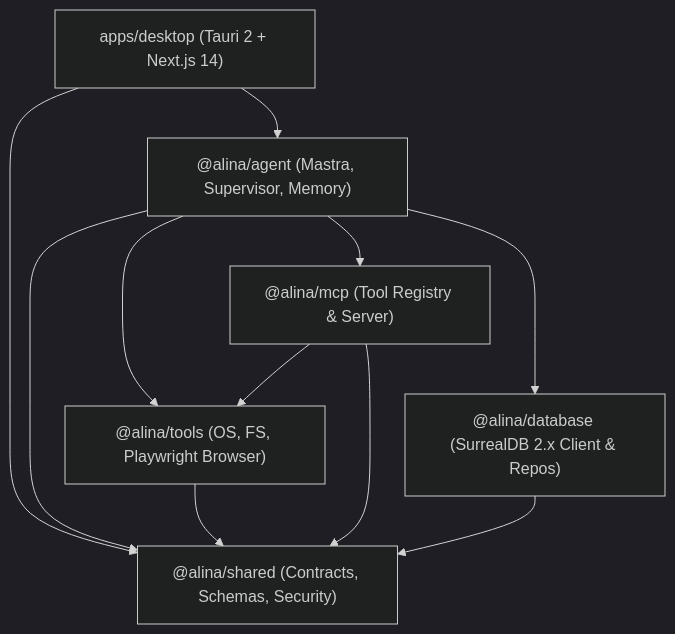
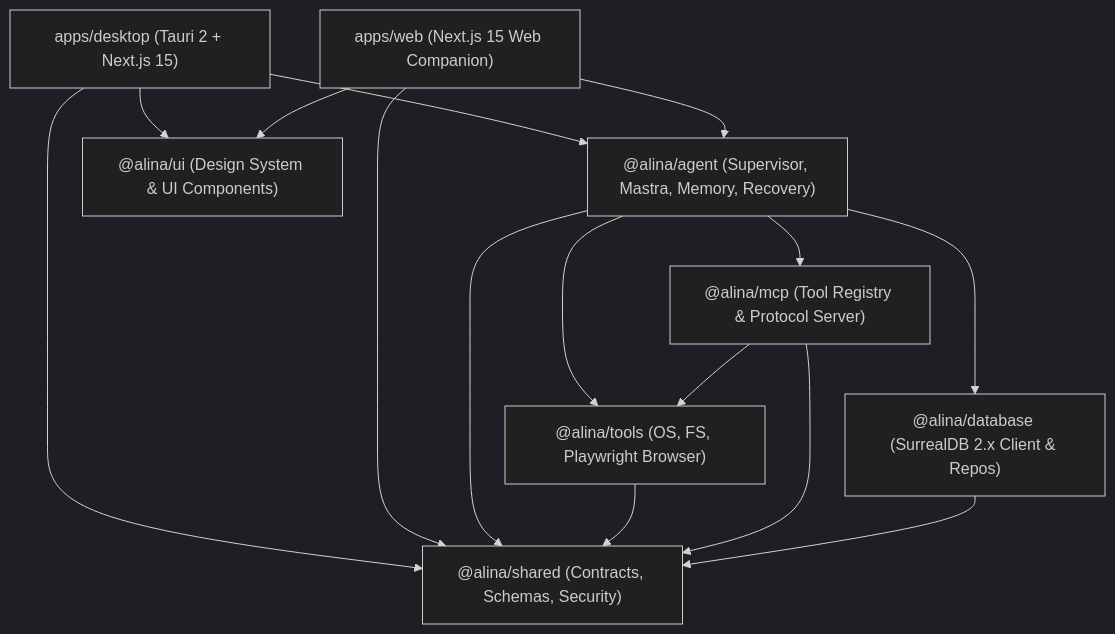
The diagram in .agents/skills/alina-engineering/SKILL.md (BittyamPaul/ALINA-Autonomous-Language-Intelligence---Navigation-Assistant-), drawn with Mermaid (dark theme) before and after one commit. The commit also changed other lines of this file and 10 other files, not shown here.

````diff
--- a/.agents/skills/alina-engineering/SKILL.md
+++ b/.agents/skills/alina-engineering/SKILL.md
@@ -33,20 +35,26 @@
 ```mermaid
 graph TD
-    Desktop["apps/desktop (Tauri 2 + Next.js 14)"]
+    Desktop["apps/desktop (Tauri 2 + Next.js 15)"]
+    Web["apps/web (Next.js 15 Web Companion)"]
     Shared["@alina/shared (Contracts, Schemas, Security)"]
-    Agent["@alina/agent (Mastra, Supervisor, Memory)"]
+    Agent["@alina/agent (Supervisor, Mastra, Memory, Recovery)"]
     Tools["@alina/tools (OS, FS, Playwright Browser)"]
-    MCP["@alina/mcp (Tool Registry & Server)"]
+    MCP["@alina/mcp (Tool Registry & Protocol Server)"]
     DB["@alina/database (SurrealDB 2.x Client & Repos)"]
+    UI["@alina/ui (Design System & UI Components)"]
 
     Desktop --> Agent
     Desktop --> Shared
+    Desktop --> UI
+    Web --> Agent
+    Web --> Shared
+    Web --> UI
     Agent --> Tools
     Agent --> MCP
     Agent --> DB
     Agent --> Shared
     Tools --> Shared
     MCP --> Tools
     MCP --> Shared
     DB --> Shared
 ```
````
